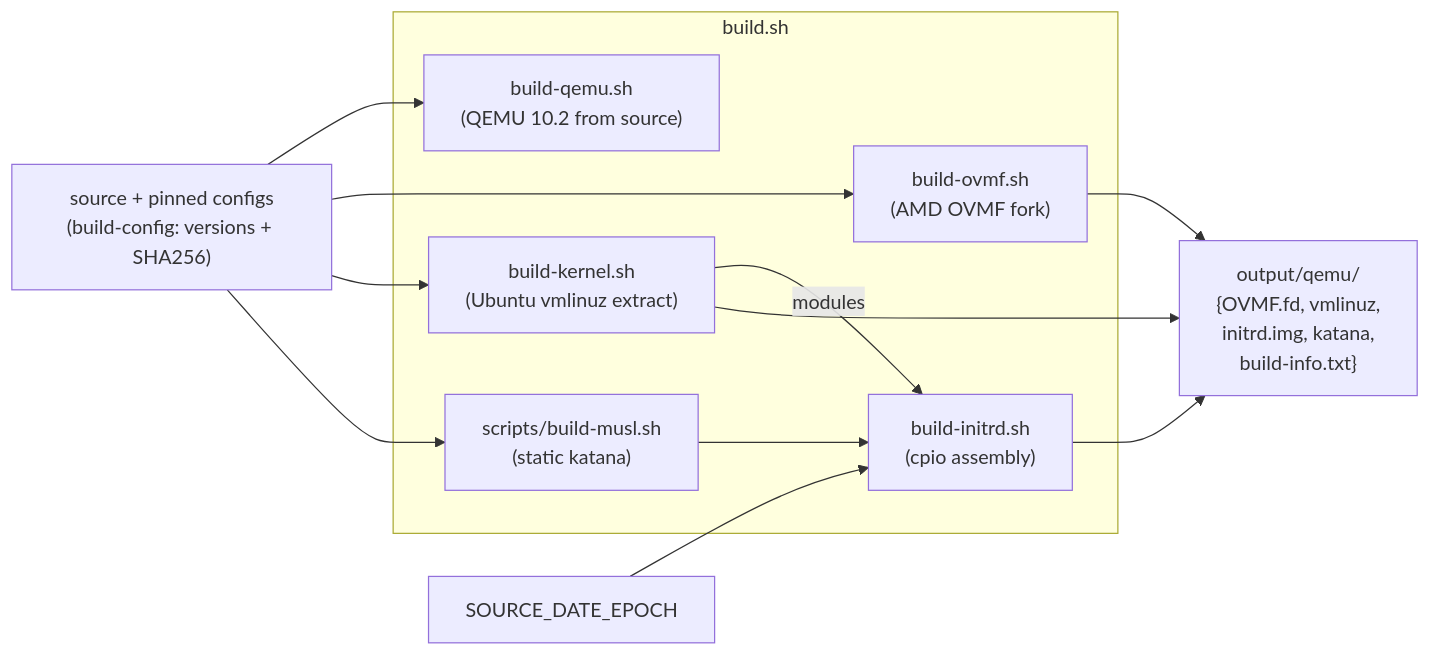
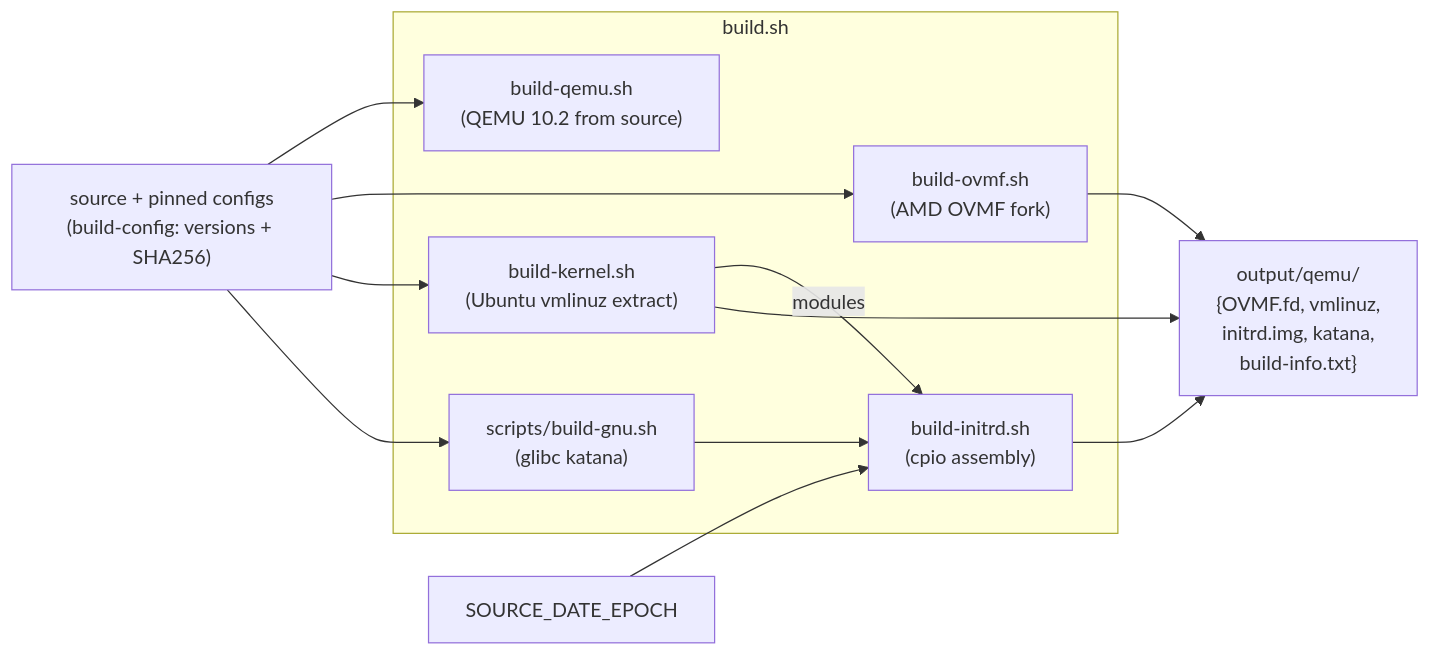
One commit to kariy/katana changed the second of 4 diagrams in docs/amdsev.md. Above: the diagram before and after it, drawn with Mermaid. The commit also changed other lines of this file and 12 other files, not shown here.

First line of the commit message:
feat(ci): reproducible glibc katana binary for AMDSEV TEE (#562)

````diff
--- a/docs/amdsev.md
+++ b/docs/amdsev.md
@@ -106,24 +111,24 @@
 ```mermaid
 flowchart LR
     src["source + pinned configs<br/>(build-config: versions + SHA256)"]
     sde["SOURCE_DATE_EPOCH"]
     subgraph Build["build.sh"]
         qemu_b["build-qemu.sh<br/>(QEMU 10.2 from source)"]
         ovmf_b["build-ovmf.sh<br/>(AMD OVMF fork)"]
         kernel_b["build-kernel.sh<br/>(Ubuntu vmlinuz extract)"]
-        katana_b["scripts/build-musl.sh<br/>(static katana)"]
+        katana_b["scripts/build-gnu.sh<br/>(glibc katana)"]
         initrd_b["build-initrd.sh<br/>(cpio assembly)"]
     end
     out["output/qemu/<br/>{OVMF.fd, vmlinuz,<br/>initrd.img, katana,<br/>build-info.txt}"]
 
     src --> qemu_b
     src --> ovmf_b
     src --> kernel_b
     src --> katana_b
     sde --> initrd_b
     katana_b --> initrd_b
     kernel_b -->|modules| initrd_b
     ovmf_b --> out
     kernel_b --> out
     initrd_b --> out
 ```
````
